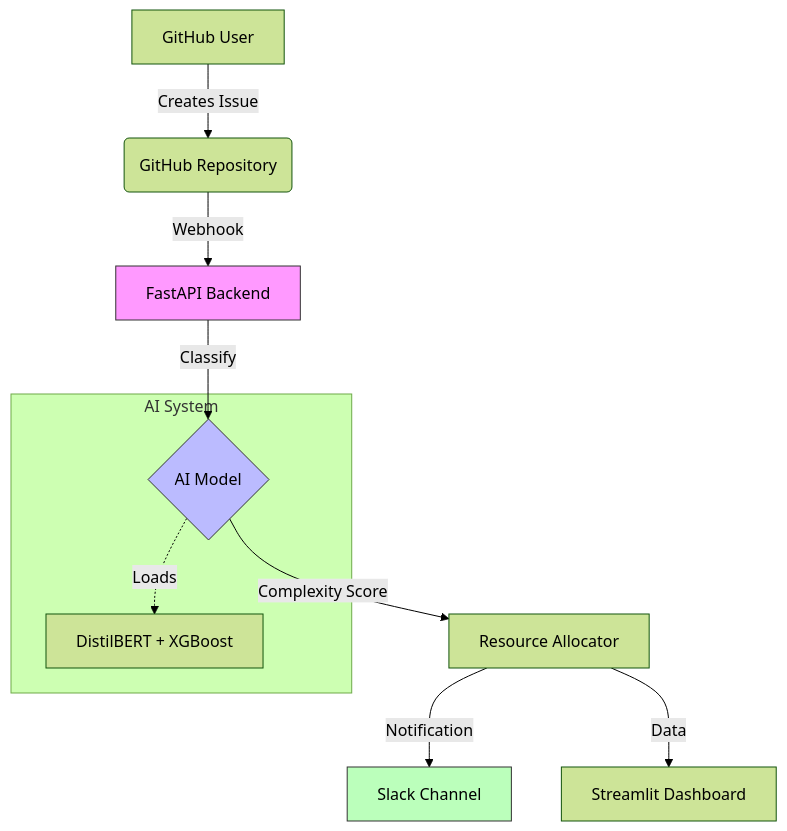
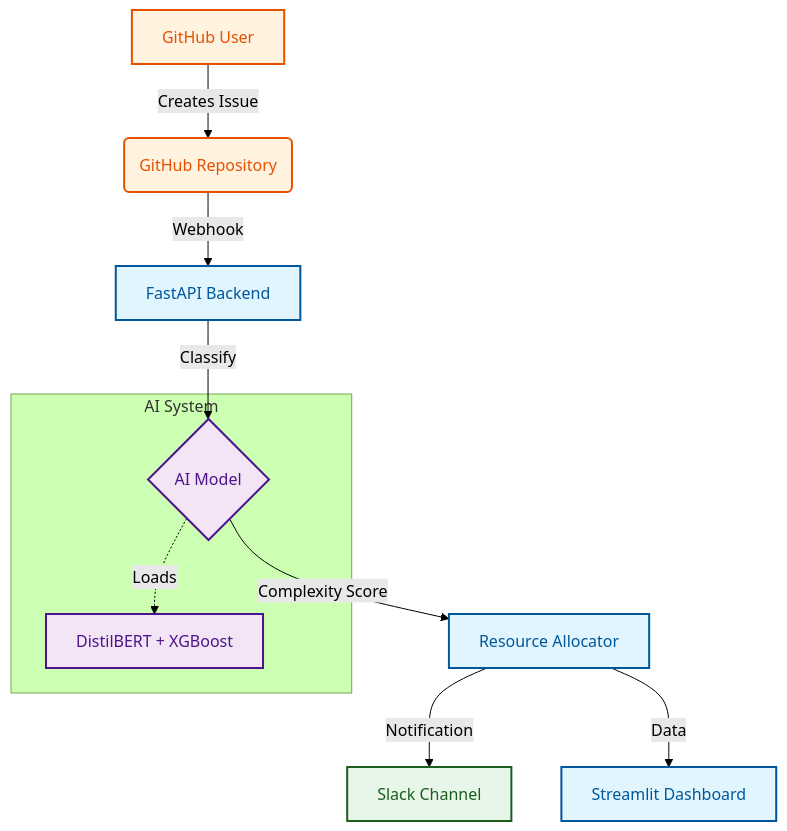
The first of 2 diagrams in README.md (Pradnesh23/github-issue-triage-and-resource-planning), drawn with Mermaid (forest theme) before and after one commit. The commit also changed other lines of this file, not shown here.

Commit message:
docs: improve diagram visibility with high-contrast colors

````diff
--- a/README.md
+++ b/README.md
@@ -30,17 +30,25 @@
 ```mermaid
 graph TD
+    %% Nodes
     A[GitHub User] -->|Creates Issue| B(GitHub Repository)
     B -->|Webhook| C[FastAPI Backend]
     C -->|Classify| D{AI Model}
     D -->|Complexity Score| E[Resource Allocator]
     E -->|Notification| F[Slack Channel]
     E -->|Data| G[Streamlit Dashboard]
     
     subgraph "AI System"
     D -.->|Loads| H[DistilBERT + XGBoost]
     end
     
-    style C fill:#f9f,stroke:#333
-    style D fill:#bbf,stroke:#333
-    style F fill:#bfb,stroke:#333
+    %% Styling
+    classDef primary fill:#e1f5fe,stroke:#01579b,stroke-width:2px,color:#01579b;
+    classDef secondary fill:#f3e5f5,stroke:#4a148c,stroke-width:2px,color:#4a148c;
+    classDef support fill:#e8f5e9,stroke:#1b5e20,stroke-width:2px,color:#1b5e20;
+    classDef external fill:#fff3e0,stroke:#e65100,stroke-width:2px,color:#e65100;
+
+    class C,E,G primary;
+    class D,H secondary;
+    class F support;
+    class A,B external;
 ```
````
